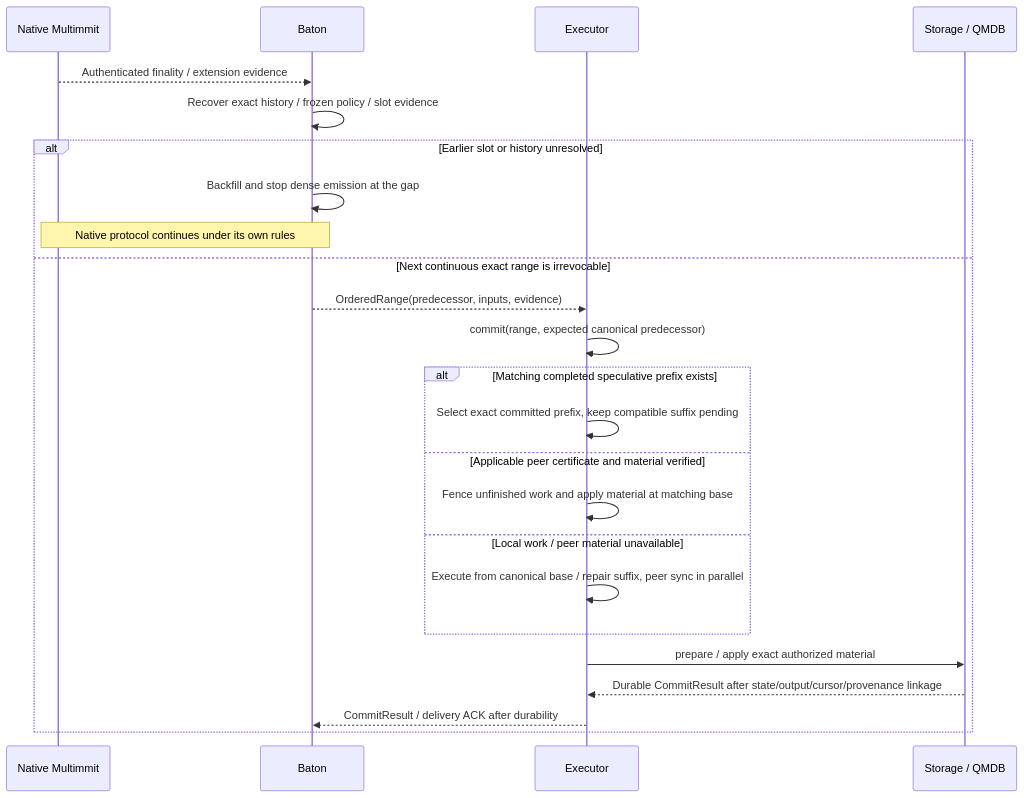
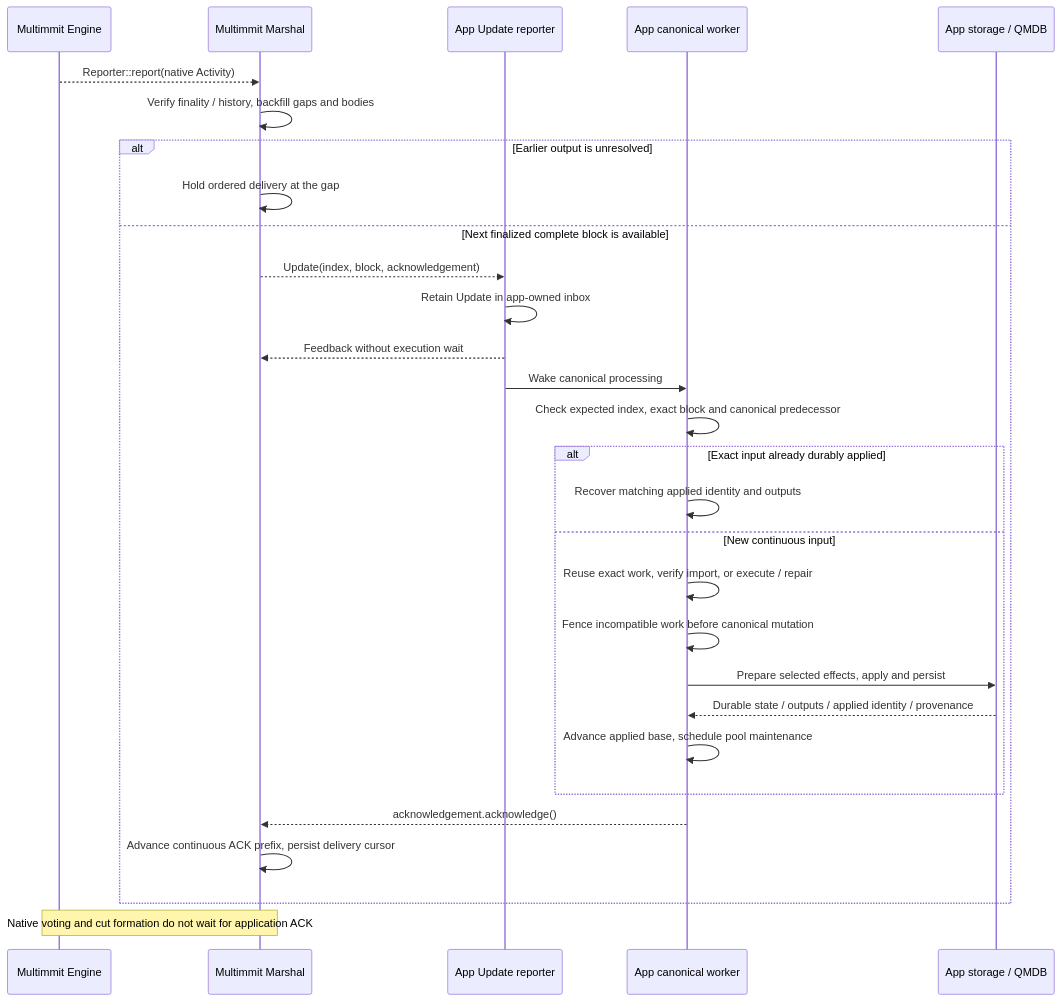
One commit to djm07073/baton-research changed the first of 2 diagrams in docs/e2e/canonical.md. Above: the diagram before and after it, drawn with Mermaid. The commit also changed other lines of this file and 292 other files, not shown here.

Commit message:
docs: redesign Baton around App-owned scheduling

````diff
--- a/docs/e2e/canonical.md
+++ b/docs/e2e/canonical.md
@@ -7,26 +9,31 @@
 ```mermaid
 sequenceDiagram
-    participant N as Native Multimmit
-    participant M as Baton
-    participant E as Executor
-    participant S as Storage / QMDB
-    N-->>M: Authenticated finality / extension evidence
-    M->>M: Recover exact history / frozen policy / slot evidence
-    alt Earlier slot or history unresolved
-        M->>M: Backfill and stop dense emission at the gap
-        Note over N,M: Native protocol continues under its own rules
-    else Next continuous exact range is irrevocable
-        M-->>E: OrderedRange(predecessor, inputs, evidence)
-        E->>E: commit(range, expected canonical predecessor)
-        alt Matching completed speculative prefix exists
-            E->>E: Select exact committed prefix, keep compatible suffix pending
-        else Applicable peer certificate and material verified
-            E->>E: Fence unfinished work and apply material at matching base
-        else Local work / peer material unavailable
-            E->>E: Execute from canonical base / repair suffix, peer sync in parallel
+    participant N as Multimmit Engine
+    participant M as Multimmit Marshal
+    participant A as App Update reporter
+    participant W as App canonical worker
+    participant S as App storage / QMDB
+    N-->>M: Reporter::report(native Activity)
+    M->>M: Verify finality / history, backfill gaps and bodies
+    alt Earlier output is unresolved
+        M->>M: Hold ordered delivery at the gap
+    else Next finalized complete block is available
+        M-->>A: Update(index, block, acknowledgement)
+        A->>A: Retain Update in app-owned inbox
+        A-->>M: Feedback without execution wait
+        A->>W: Wake canonical processing
+        W->>W: Check expected index, exact block and canonical predecessor
+        alt Exact input already durably applied
+            W->>W: Recover matching applied identity and outputs
+        else New continuous input
+            W->>W: Reuse exact work, verify import, or execute / repair
+            W->>W: Fence incompatible work before canonical mutation
+            W->>S: Prepare selected effects, apply and persist
+            S-->>W: Durable state / outputs / applied identity / provenance
+            W->>W: Advance applied base, schedule pool maintenance
         end
-        E->>S: prepare / apply exact authorized material
-        S-->>E: Durable CommitResult after state/output/cursor/provenance linkage
-        E-->>M: CommitResult / delivery ACK after durability
+        W-->>M: acknowledgement.acknowledge()
+        M->>M: Advance continuous ACK prefix, persist delivery cursor
     end
+    Note over N,M: Native voting and cut formation do not wait for application ACK
 ```
````
